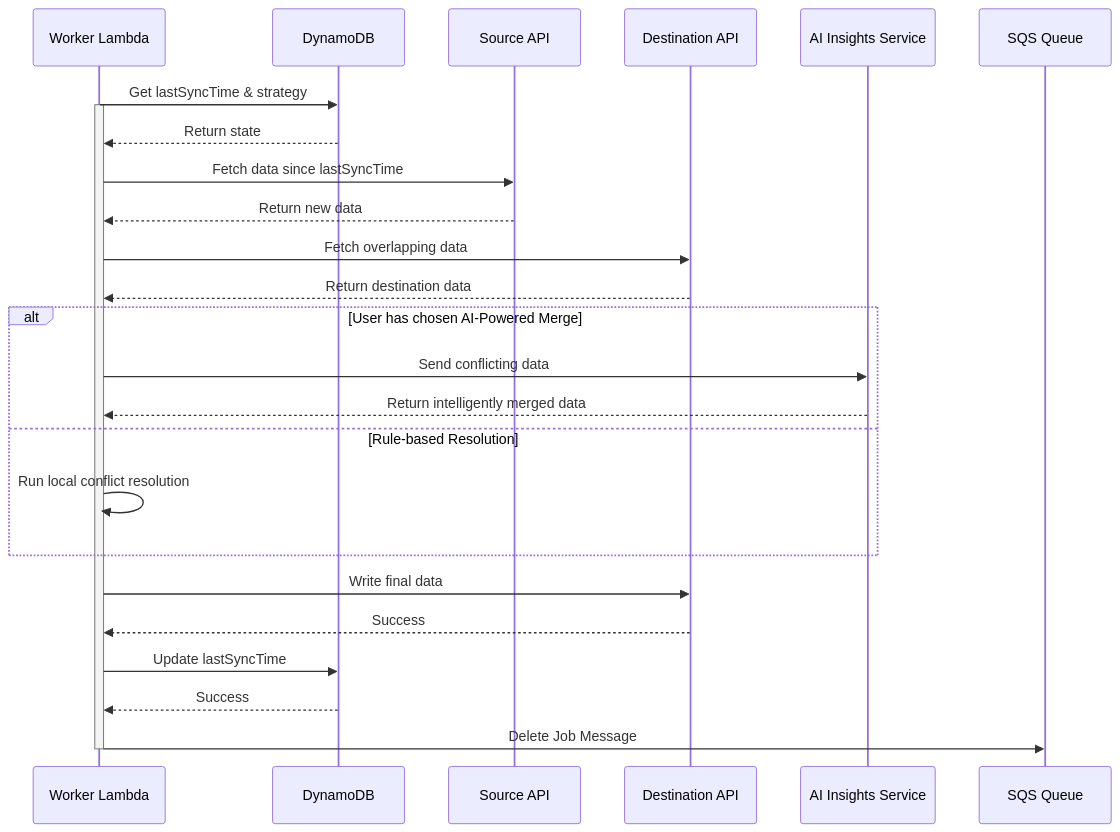
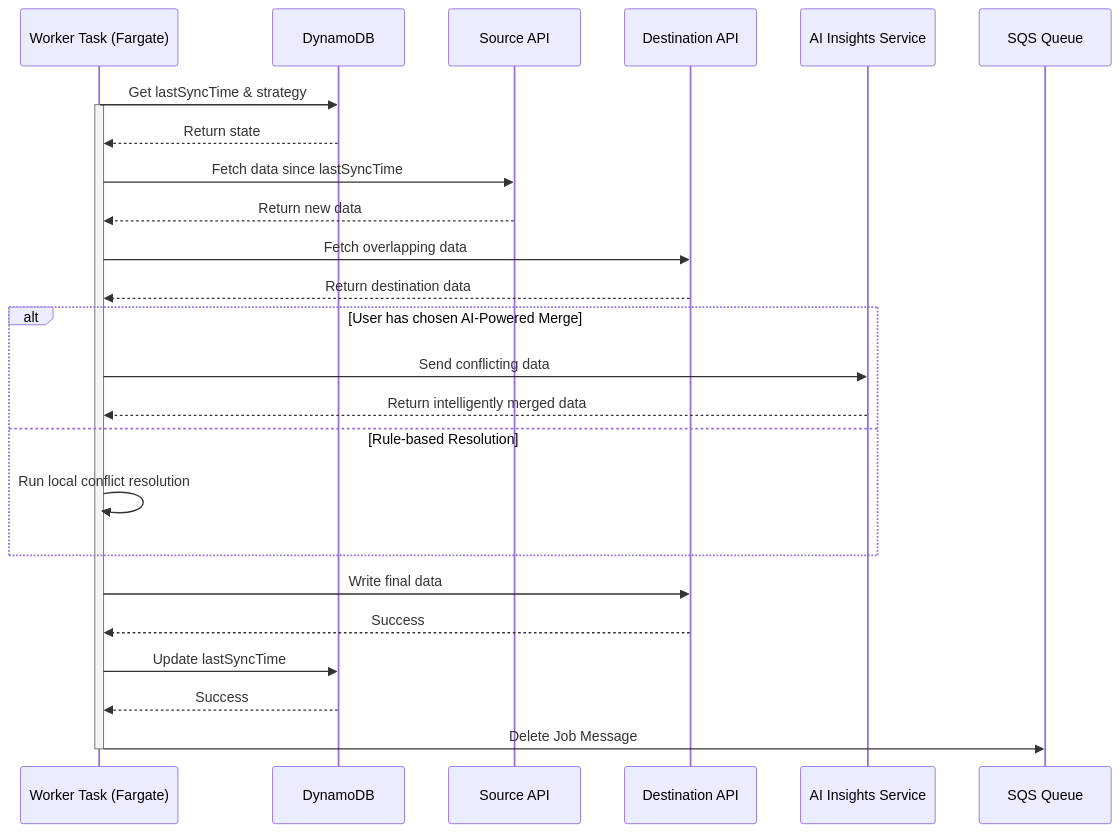
Before and after one commit to dino10bit/healthsync: the second of 3 diagrams in 05-data-sync.md, drawn with Mermaid. The commit also changed other lines of this file and 9 other files, not shown here.

First line of the commit message:
Revise architecture for 10,000 RPS and address review findings

````diff
--- a/05-data-sync.md
+++ b/05-data-sync.md
@@ -164,31 +180,31 @@
 ```mermaid
 sequenceDiagram
-    participant Worker as Worker Lambda
+    participant Worker as Worker Task (Fargate)
     participant DynamoDB as DynamoDB
     participant SourceAPI as Source API
     participant DestAPI as Destination API
     participant AIService as AI Insights Service
     participant SQS as SQS Queue
 
     Worker->>DynamoDB: Get lastSyncTime & strategy
     activate Worker
     DynamoDB-->>Worker: Return state
     Worker->>SourceAPI: Fetch data since lastSyncTime
     SourceAPI-->>Worker: Return new data
     Worker->>DestAPI: Fetch overlapping data
     DestAPI-->>Worker: Return destination data
 
     alt User has chosen AI-Powered Merge
         Worker->>AIService: Send conflicting data
         AIService-->>Worker: Return intelligently merged data
     else Rule-based Resolution
         Worker->>Worker: Run local conflict resolution
     end
 
     Worker->>DestAPI: Write final data
     DestAPI-->>Worker: Success
     Worker->>DynamoDB: Update lastSyncTime
     DynamoDB-->>Worker: Success
     Worker->>SQS: Delete Job Message
     deactivate Worker
 ```
````
